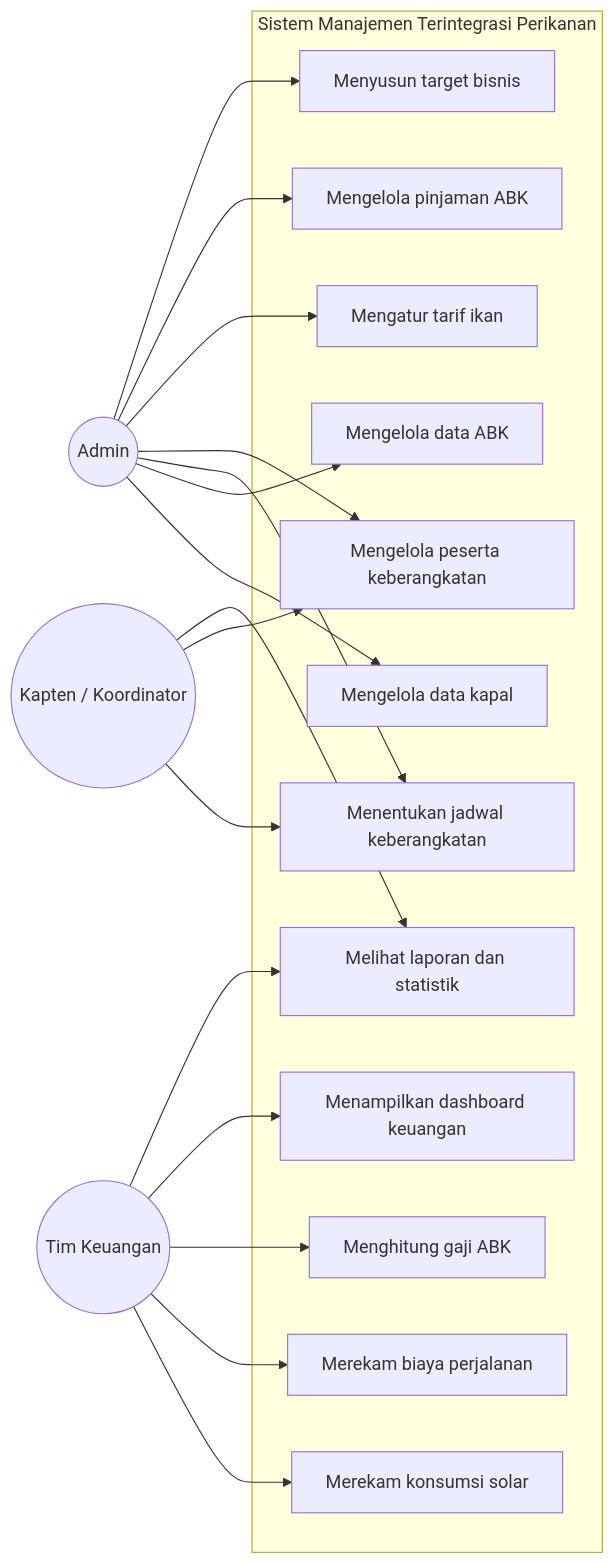
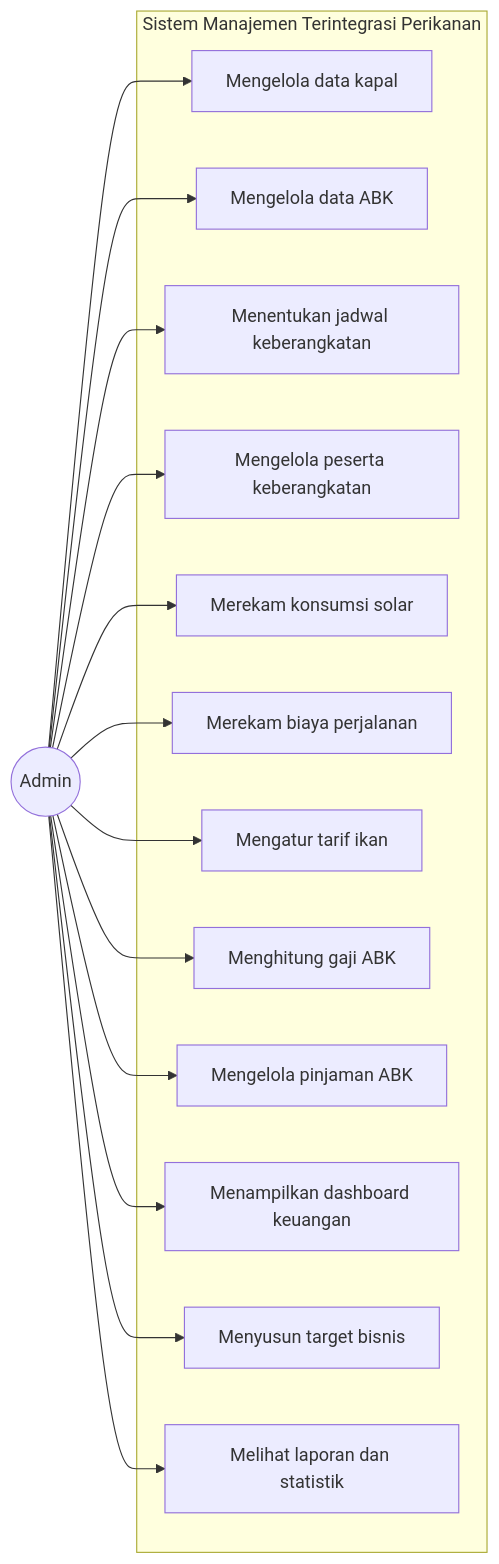
Before and after one commit to Didi180601/Manajemen-Terintegrasi: the third of 5 diagrams in README.md, drawn with Mermaid. The commit also changed other lines of this file, not shown here.

Commit message:
fitur baru

````diff
--- a/README.md
+++ b/README.md
@@ -401,39 +400,32 @@
 ```mermaid
 flowchart LR
     A((Admin))
-    K((Tim Keuangan))
-    P((Kapten / Koordinator))
 
     subgraph S["Sistem Manajemen Terintegrasi Perikanan"]
         U1["Mengelola data kapal"]
         U2["Mengelola data ABK"]
         U3["Menentukan jadwal keberangkatan"]
         U4["Mengelola peserta keberangkatan"]
         U5["Merekam konsumsi solar"]
         U6["Merekam biaya perjalanan"]
         U7["Mengatur tarif ikan"]
         U8["Menghitung gaji ABK"]
         U9["Mengelola pinjaman ABK"]
         U10["Menampilkan dashboard keuangan"]
         U11["Menyusun target bisnis"]
         U12["Melihat laporan dan statistik"]
     end
 
     A --> U1
     A --> U2
     A --> U3
     A --> U4
+    A --> U5
+    A --> U6
     A --> U7
+    A --> U8
     A --> U9
+    A --> U10
     A --> U11
-
-    K --> U5
-    K --> U6
-    K --> U8
-    K --> U10
-    K --> U12
-
-    P --> U3
-    P --> U4
-    P --> U12
+    A --> U12
 ```
````
